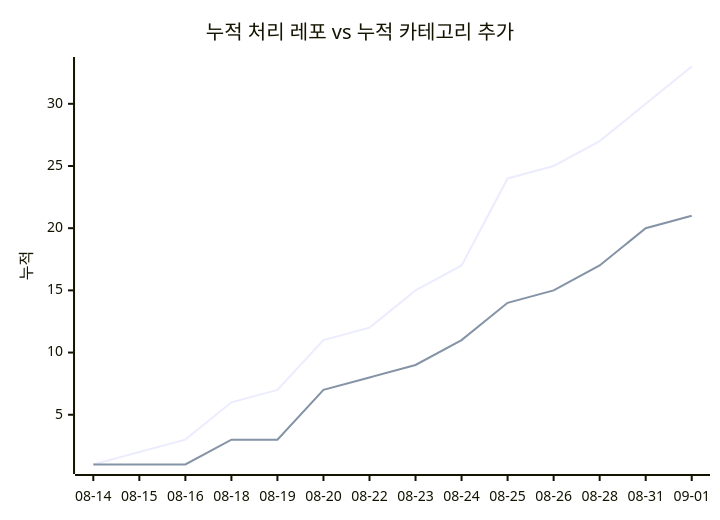
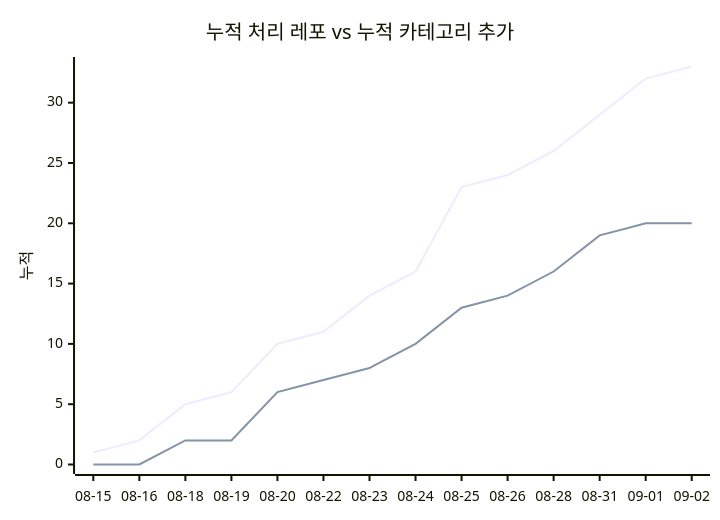
Before and after one commit to J-nowcow/awesome-korean-agent-skills: the second of 2 diagrams in docs/trends.md, drawn with Mermaid. The commit also changed other lines of this file and 2 other files, not shown here.

````diff
--- a/docs/trends.md
+++ b/docs/trends.md
@@ -68,8 +68,8 @@
 ```mermaid
 xychart-beta
     title "누적 처리 레포 vs 누적 카테고리 추가"
-    x-axis ["08-14","08-15","08-16","08-18","08-19","08-20","08-22","08-23","08-24","08-25","08-26","08-28","08-31","09-01"]
+    x-axis ["08-15","08-16","08-18","08-19","08-20","08-22","08-23","08-24","08-25","08-26","08-28","08-31","09-01","09-02"]
     y-axis "누적"
-    line [1,2,3,6,7,11,12,15,17,24,25,27,30,33]
-    line [1,1,1,3,3,7,8,9,11,14,15,17,20,21]
+    line [1,2,5,6,10,11,14,16,23,24,26,29,32,33]
+    line [0,0,2,2,6,7,8,10,13,14,16,19,20,20]
 ```
````
